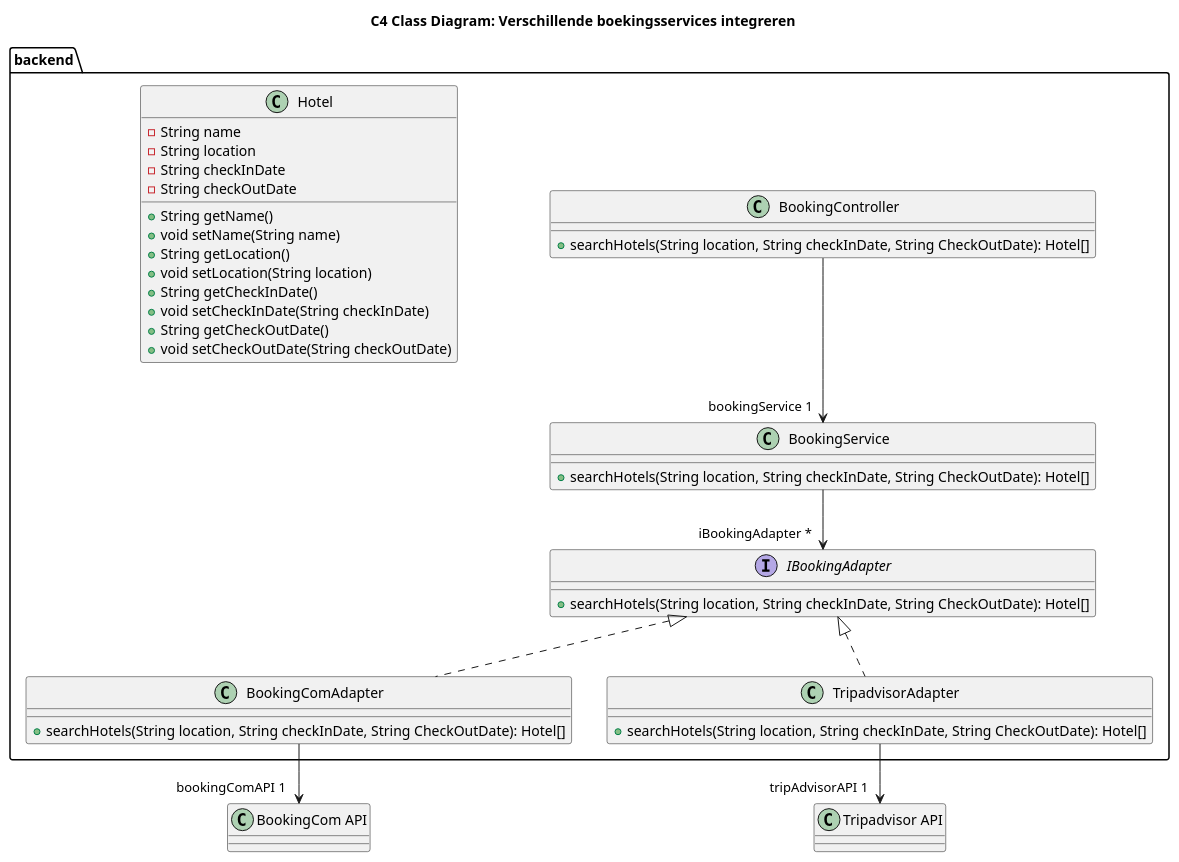
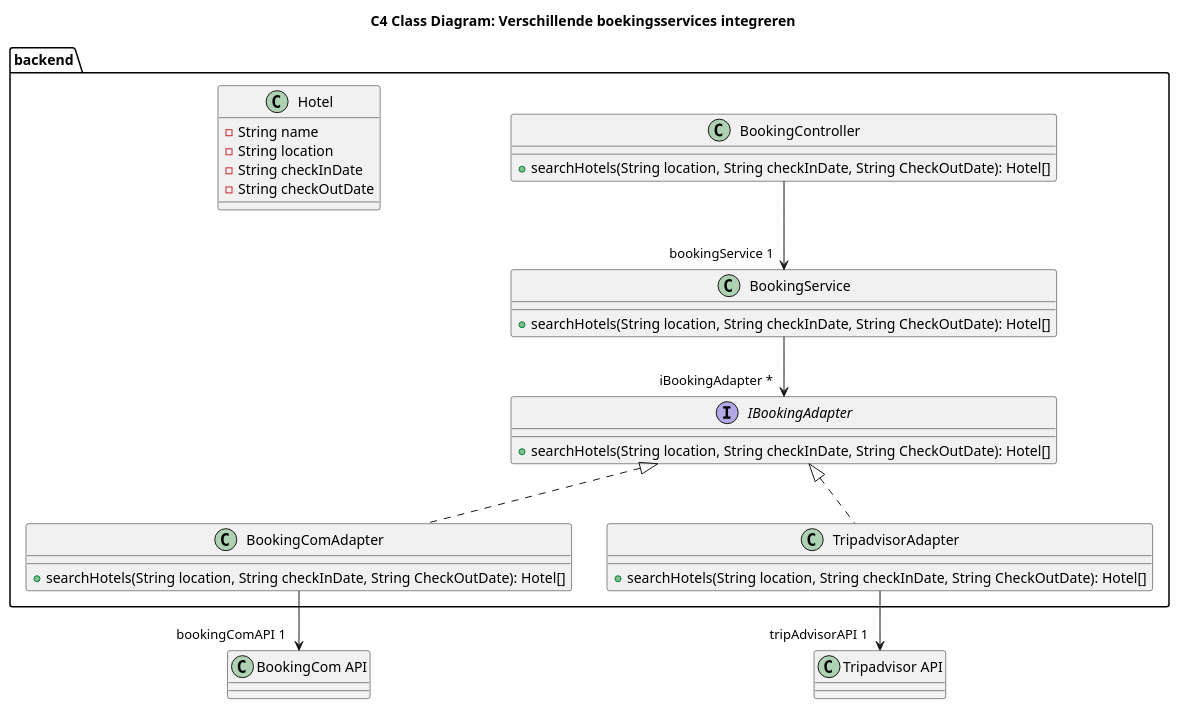
The diagram in software-guidebook/sgb-bestanden/ontwerpvragen/Modifiability - class diagram.puml (AIM-ENE-feb25/triptop-groep-4-jochem-roald-stijn-a), drawn with PlantUML before and after one commit.

Commit message:
Update Modifiability - class diagram.puml
getters en setters verwijdert

```diff
--- a/software-guidebook/sgb-bestanden/ontwerpvragen/Modifiability - class diagram.puml
+++ b/software-guidebook/sgb-bestanden/ontwerpvragen/Modifiability - class diagram.puml
@@ -1,52 +1,43 @@
 @startuml
 title C4 Class Diagram: Verschillende boekingsservices integreren
 
 
 package "backend" {
 
 interface IBookingAdapter {
     + searchHotels(String location, String checkInDate, String CheckOutDate): Hotel[]
 }
 
 class BookingComAdapter {
     + searchHotels(String location, String checkInDate, String CheckOutDate): Hotel[]
 }
 
 class TripadvisorAdapter {
     + searchHotels(String location, String checkInDate, String CheckOutDate): Hotel[]
 }
 
 class BookingController {
     + searchHotels(String location, String checkInDate, String CheckOutDate): Hotel[]
 }
 
 class BookingService {
     + searchHotels(String location, String checkInDate, String CheckOutDate): Hotel[]
 }
 
 class Hotel {
     - String name
     - String location
     - String checkInDate
     - String checkOutDate
-
-    + String getName()
-    + void setName(String name)
-    + String getLocation()
-    + void setLocation(String location)
-    + String getCheckInDate()
-    + void setCheckInDate(String checkInDate)
-    + String getCheckOutDate()
-    + void setCheckOutDate(String checkOutDate)
 }
 
 }
 
 IBookingAdapter <|.. BookingComAdapter
 IBookingAdapter <|.. TripadvisorAdapter
 BookingComAdapter --> "bookingComAPI 1" "BookingCom API"
 TripadvisorAdapter --> "tripAdvisorAPI 1" "Tripadvisor API"
 
 BookingController --> "bookingService 1" BookingService
 BookingService --> "iBookingAdapter *" IBookingAdapter
 @enduml
```
